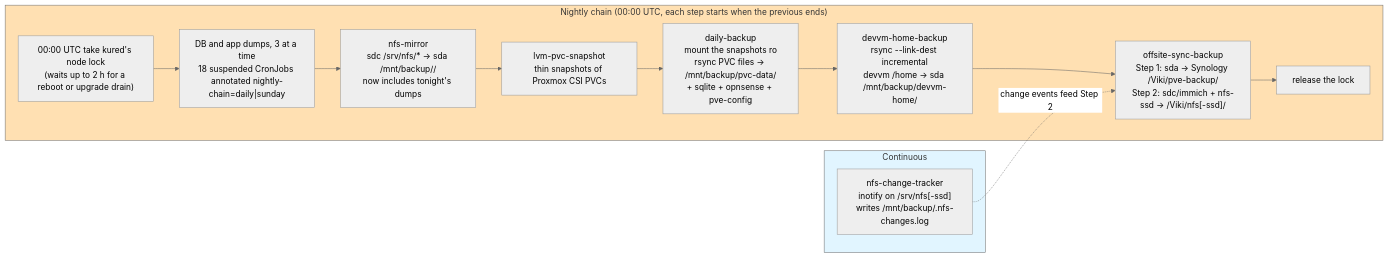
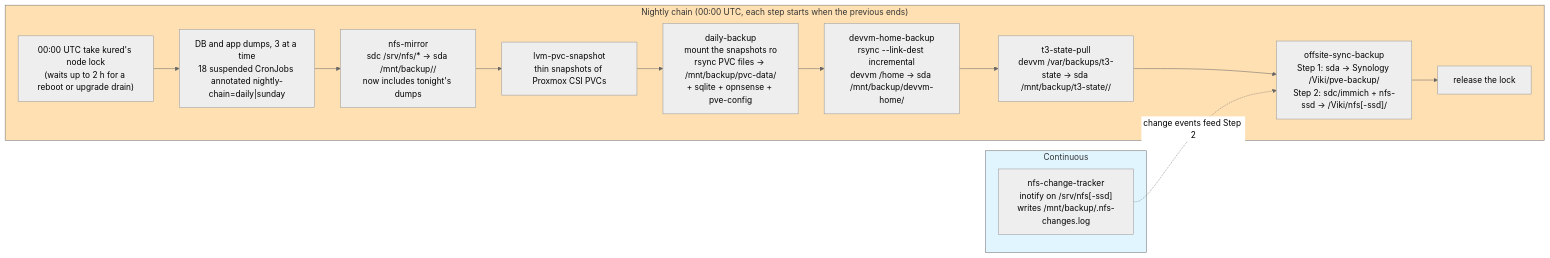
Before and after one commit to ViktorBarzin/infra: the third of 6 diagrams in docs/architecture/backup-dr.md, drawn with Mermaid (neutral theme). The commit also changed other lines of this file and 16 other files, not shown here.

First line of the commit message:
backup: pull the devvm's nightly T3 snapshots onto the Proxmox host

````diff
--- a/docs/architecture/backup-dr.md
+++ b/docs/architecture/backup-dr.md
@@ -241,23 +242,24 @@
 ```mermaid
 graph LR
     subgraph Continuous["Continuous"]
         INO["nfs-change-tracker<br/>inotify on /srv/nfs[-ssd]<br/>writes /mnt/backup/.nfs-changes.log"]
     end
 
     subgraph Nightly["Nightly chain (00:00 UTC, each step starts when the previous ends)"]
         T0000["00:00 UTC take kured's node lock<br/>(waits up to 2 h for a reboot or upgrade drain)"]
         T0015["DB and app dumps, 3 at a time<br/>18 suspended CronJobs annotated nightly-chain=daily|sunday"]
         T0200["nfs-mirror<br/>sdc /srv/nfs/* → sda /mnt/backup/<svc>/<br/>now includes tonight's dumps"]
         T0300["lvm-pvc-snapshot<br/>thin snapshots of Proxmox CSI PVCs"]
         T0500["daily-backup<br/>mount the snapshots ro<br/>rsync PVC files → /mnt/backup/pvc-data/<br/>+ sqlite + opnsense + pve-config"]
         T0330["devvm-home-backup<br/>rsync --link-dest incremental<br/>devvm /home → sda /mnt/backup/devvm-home/"]
+        T3P["t3-state-pull<br/>devvm /var/backups/t3-state → sda /mnt/backup/t3-state/<user>/"]
         T0600["offsite-sync-backup<br/>Step 1: sda → Synology /Viki/pve-backup/<br/>Step 2: sdc/immich + nfs-ssd → /Viki/nfs[-ssd]/"]
         T0700["release the lock"]
     end
 
-    T0000 --> T0015 --> T0200 --> T0300 --> T0500 --> T0330 --> T0600 --> T0700
+    T0000 --> T0015 --> T0200 --> T0300 --> T0500 --> T0330 --> T3P --> T0600 --> T0700
     INO -.->|change events feed Step 2| T0600
 
     style Nightly fill:#ffe0b2
     style Continuous fill:#e1f5ff
 ```
````
